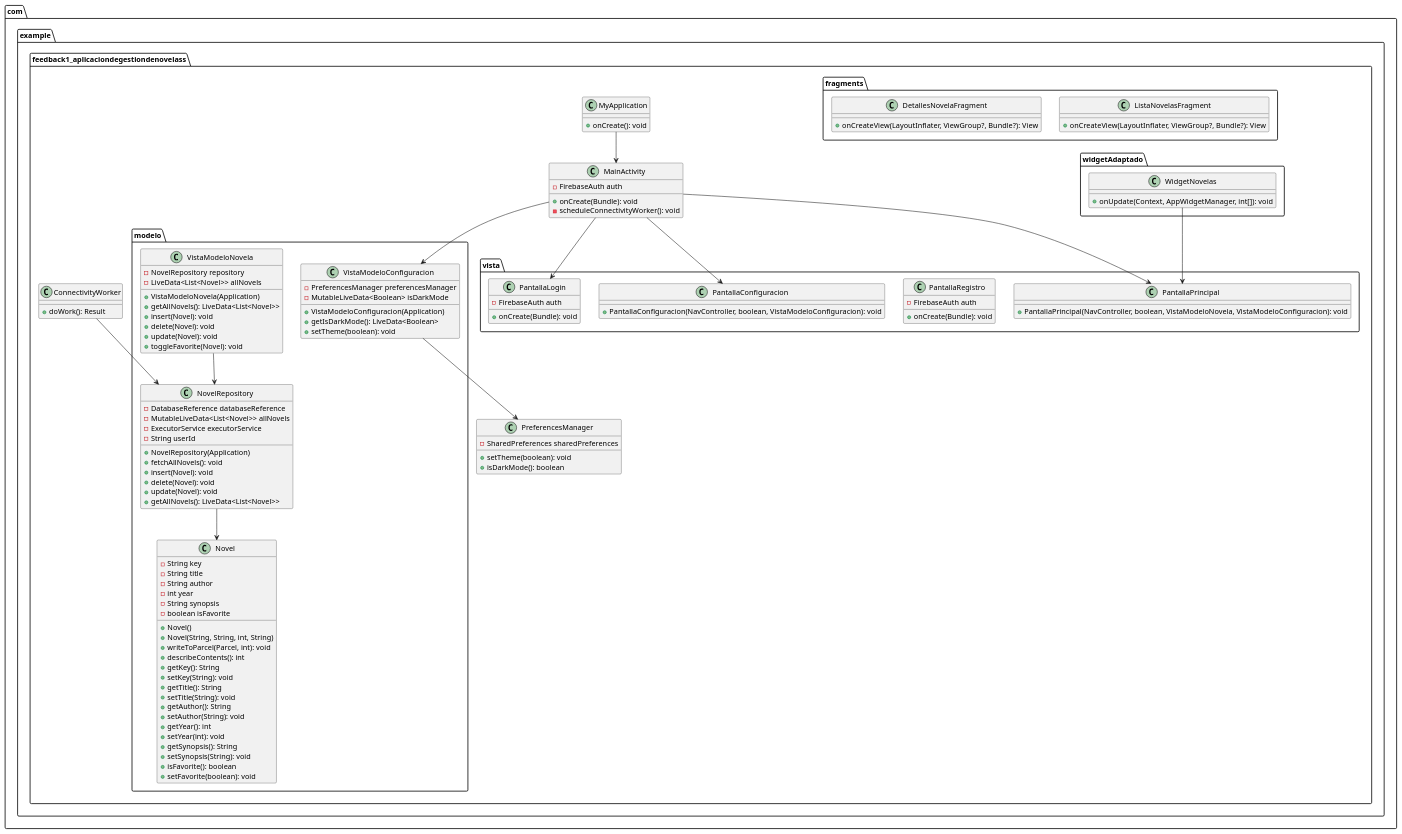
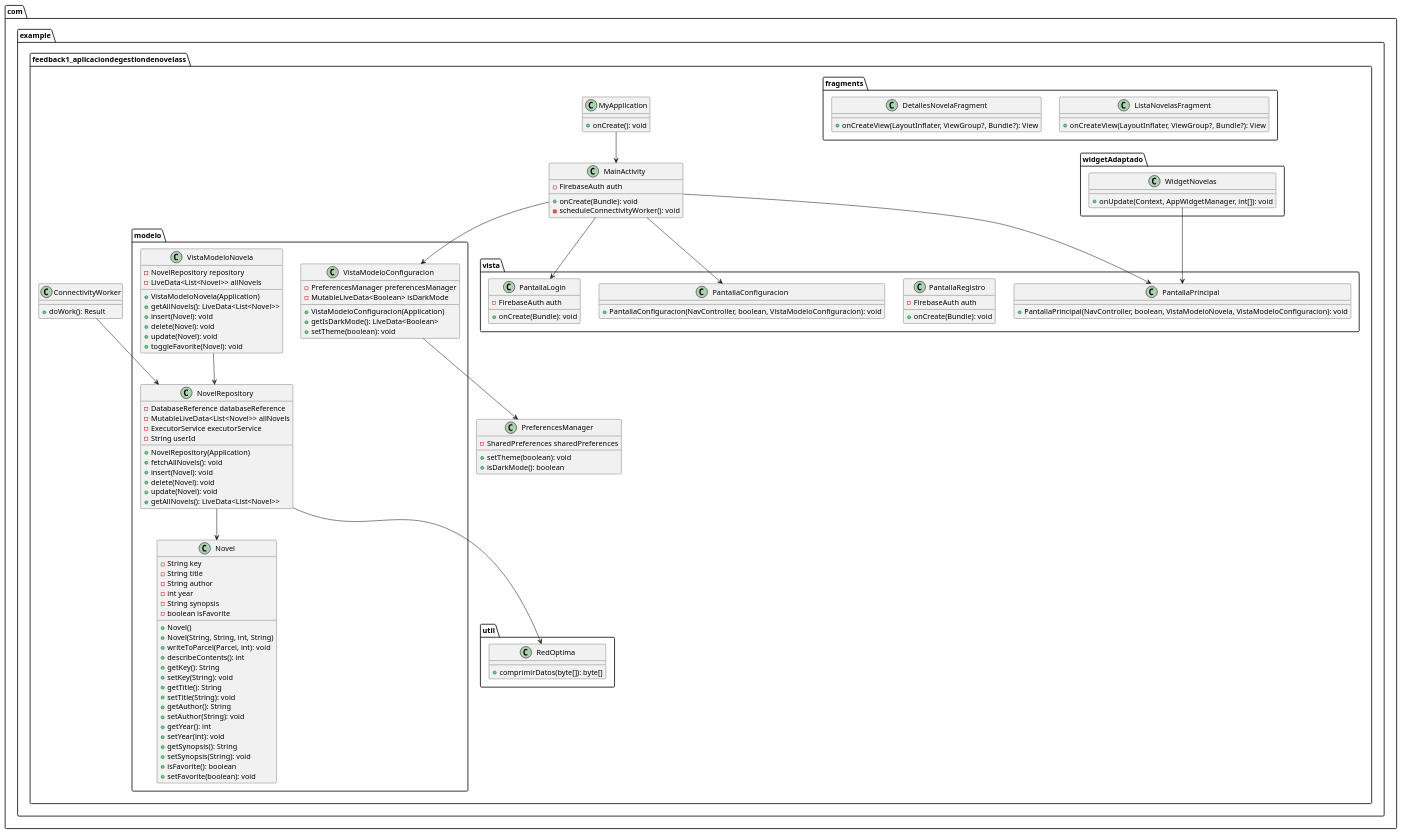
Before and after one commit to MarckosBilbo/Feedback1-AplicaciondeGestiondeNovelass: the diagram in app/src/main/java/uml/Diagrama-General-Clases.puml, drawn with PlantUML.

Commit message:
Update Diagrama-General-Clases.puml
Adicion al uml general de optimizacion

```diff
--- a/app/src/main/java/uml/Diagrama-General-Clases.puml
+++ b/app/src/main/java/uml/Diagrama-General-Clases.puml
@@ -1,130 +1,137 @@
 @startuml
 package com.example.feedback1_aplicaciondegestiondenovelass {
     class MainActivity {
         - FirebaseAuth auth
         + onCreate(Bundle): void
         - scheduleConnectivityWorker(): void
     }
 
     class MyApplication {
         + onCreate(): void
     }
 
     class PreferencesManager {
         - SharedPreferences sharedPreferences
         + setTheme(boolean): void
         + isDarkMode(): boolean
     }
 
     class ConnectivityWorker {
         + doWork(): Result
     }
 }
 
 package com.example.feedback1_aplicaciondegestiondenovelass.fragments{
 
     class ListaNovelasFragment {
         + onCreateView(LayoutInflater, ViewGroup?, Bundle?): View
     }
 
     class DetallesNovelaFragment {
         + onCreateView(LayoutInflater, ViewGroup?, Bundle?): View
     }
 }
 
 package com.example.feedback1_aplicaciondegestiondenovelass.modelo {
     class Novel {
         - String key
         - String title
         - String author
         - int year
         - String synopsis
         - boolean isFavorite
         + Novel()
         + Novel(String, String, int, String)
         + writeToParcel(Parcel, int): void
         + describeContents(): int
         + getKey(): String
         + setKey(String): void
         + getTitle(): String
         + setTitle(String): void
         + getAuthor(): String
         + setAuthor(String): void
         + getYear(): int
         + setYear(int): void
         + getSynopsis(): String
         + setSynopsis(String): void
         + isFavorite(): boolean
         + setFavorite(boolean): void
     }
 
     class NovelRepository {
         - DatabaseReference databaseReference
         - MutableLiveData<List<Novel>> allNovels
         - ExecutorService executorService
         - String userId
         + NovelRepository(Application)
         + fetchAllNovels(): void
         + insert(Novel): void
         + delete(Novel): void
         + update(Novel): void
         + getAllNovels(): LiveData<List<Novel>>
     }
 
     class VistaModeloConfiguracion {
         - PreferencesManager preferencesManager
         - MutableLiveData<Boolean> isDarkMode
         + VistaModeloConfiguracion(Application)
         + getIsDarkMode(): LiveData<Boolean>
         + setTheme(boolean): void
     }
 
     class VistaModeloNovela {
         - NovelRepository repository
         - LiveData<List<Novel>> allNovels
         + VistaModeloNovela(Application)
         + getAllNovels(): LiveData<List<Novel>>
         + insert(Novel): void
         + delete(Novel): void
         + update(Novel): void
         + toggleFavorite(Novel): void
     }
 }
 
 package com.example.feedback1_aplicaciondegestiondenovelass.vista {
     class PantallaLogin {
         - FirebaseAuth auth
         + onCreate(Bundle): void
     }
 
     class PantallaRegistro {
         - FirebaseAuth auth
         + onCreate(Bundle): void
     }
 
     class PantallaPrincipal {
         + PantallaPrincipal(NavController, boolean, VistaModeloNovela, VistaModeloConfiguracion): void
     }
 
     class PantallaConfiguracion {
         + PantallaConfiguracion(NavController, boolean, VistaModeloConfiguracion): void
     }
 }
 
 package com.example.feedback1_aplicaciondegestiondenovelass.widgetAdaptado {
 
     class WidgetNovelas {
         + onUpdate(Context, AppWidgetManager, int[]): void
     }
+}
+
+package com.example.feedback1_aplicaciondegestiondenovelass.util {
+    class RedOptima {
+        + comprimirDatos(byte[]): byte[]
+    }
 
 MyApplication --> MainActivity
 MainActivity --> PantallaLogin
 MainActivity --> PantallaPrincipal
 MainActivity --> PantallaConfiguracion
 MainActivity --> VistaModeloConfiguracion
 VistaModeloConfiguracion --> PreferencesManager
 VistaModeloNovela --> NovelRepository
 NovelRepository --> Novel
+NovelRepository --> RedOptima
 ConnectivityWorker --> NovelRepository
 WidgetNovelas --> PantallaPrincipal
 @enduml
```
